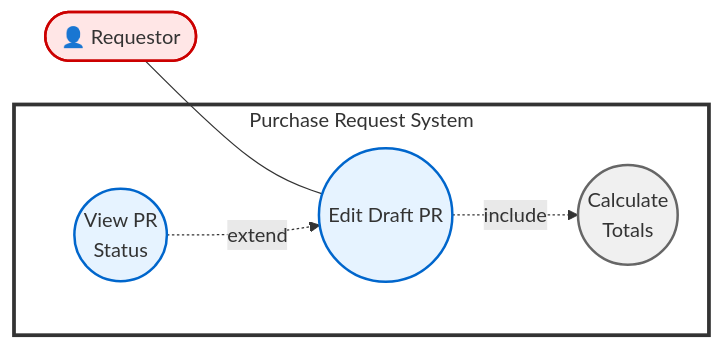
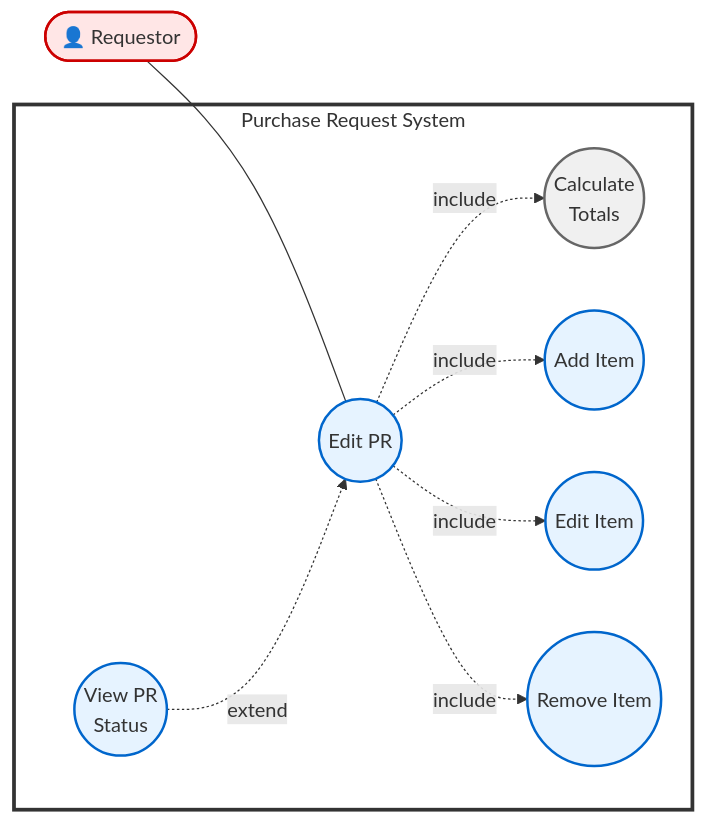
The third of 34 diagrams in docs/app/procurement/purchase-requests/UC-purchase-requests.md (CarmenSoftware-organization/carmen), drawn with Mermaid before and after one commit. The commit also changed other lines of this file and 27 other files, not shown here.

````diff
--- a/docs/app/procurement/purchase-requests/UC-purchase-requests.md
+++ b/docs/app/procurement/purchase-requests/UC-purchase-requests.md
@@ -406,24 +411,30 @@
 ```mermaid
 graph LR
     Requestor([👤 Requestor])
 
     subgraph PRS["Purchase Request System"]
-        UC002((Edit Draft PR))
+        UC002((Edit PR))
         UC102((Calculate<br/>Totals))
         UC004((View PR<br/>Status))
+        UC002A((Add Item))
+        UC002B((Edit Item))
+        UC002C((Remove Item))
     end
 
     Requestor --- UC002
     UC002 -.->|include| UC102
+    UC002 -.->|include| UC002A
+    UC002 -.->|include| UC002B
+    UC002 -.->|include| UC002C
     UC004 -.->|extend| UC002
 
     classDef actor fill:#ffe6e6,stroke:#cc0000,stroke-width:2px
     classDef usecase fill:#e6f3ff,stroke:#0066cc,stroke-width:2px
     classDef system fill:#f0f0f0,stroke:#666666,stroke-width:2px
 
     class Requestor actor
-    class UC002,UC004 usecase
+    class UC002,UC004,UC002A,UC002B,UC002C usecase
     class UC102 system
 
     style PRS fill:#ffffff,stroke:#333333,stroke-width:3px
 ```
````
